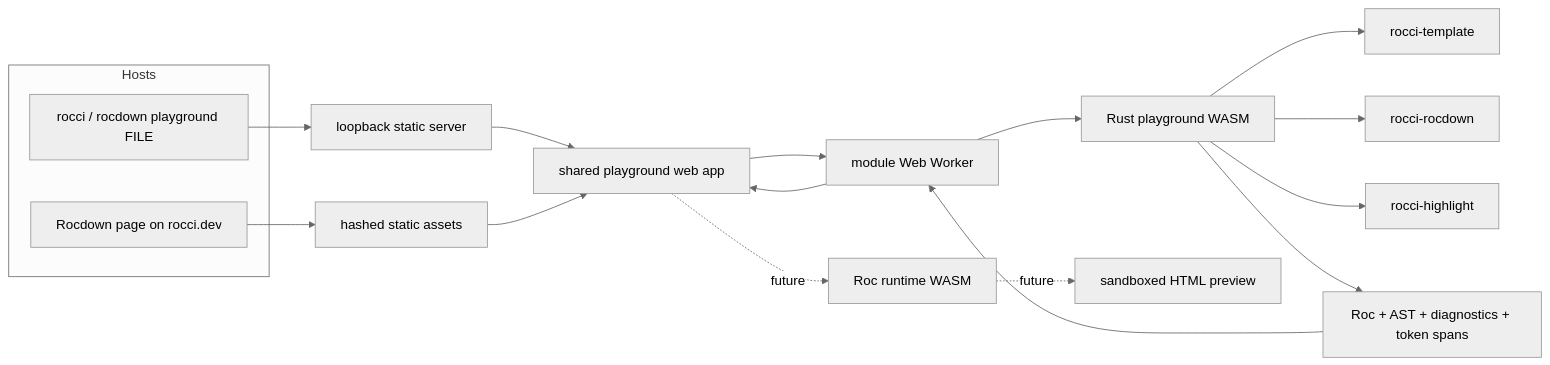
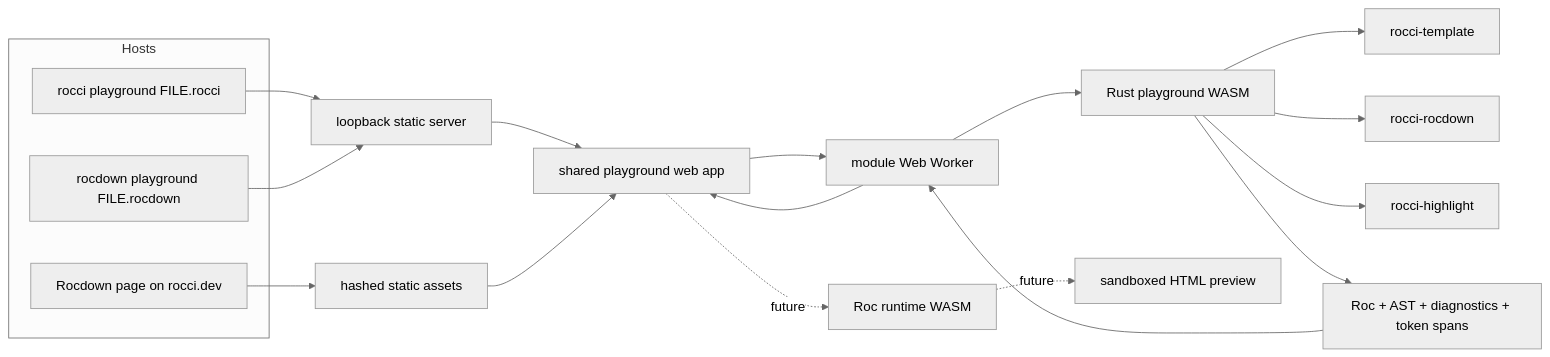
The diagram in ROCCI_PLAYGROUND_IMPLEMENTATION_PLAN.md (koliyo/rocci), drawn with Mermaid (neutral theme) before and after one commit. The commit also changed other lines of this file, not shown here.

First line of the commit message:
update(implementation-plan): refine playground implementation details and align with product boundary refactor

````diff
--- a/ROCCI_PLAYGROUND_IMPLEMENTATION_PLAN.md
+++ b/ROCCI_PLAYGROUND_IMPLEMENTATION_PLAN.md
@@ -173,22 +183,24 @@
 ```mermaid
 flowchart LR
     subgraph Hosts
-        CLI["rocci / rocdown playground FILE"]
+        CLI_ROCCI["rocci playground FILE.rocci"]
+        CLI_ROCDOWN["rocdown playground FILE.rocdown"]
         SITE["Rocdown page on rocci.dev"]
     end
 
-    CLI --> HTTP["loopback static server"]
+    CLI_ROCCI --> HTTP["loopback static server"]
+    CLI_ROCDOWN --> HTTP
     SITE --> CDN["hashed static assets"]
     HTTP --> UI["shared playground web app"]
     CDN --> UI
     UI --> WORKER["module Web Worker"]
     WORKER --> RWASM["Rust playground WASM"]
     RWASM --> TEMPLATE["rocci-template"]
     RWASM --> ROCDOWN["rocci-rocdown"]
     RWASM --> HIGHLIGHT["rocci-highlight"]
     RWASM --> RESULT["Roc + AST + diagnostics + token spans"]
     RESULT --> WORKER
     WORKER --> UI
     UI -. future .-> ROCWASM["Roc runtime WASM"]
     ROCWASM -. future .-> FRAME["sandboxed HTML preview"]
 ```
````
